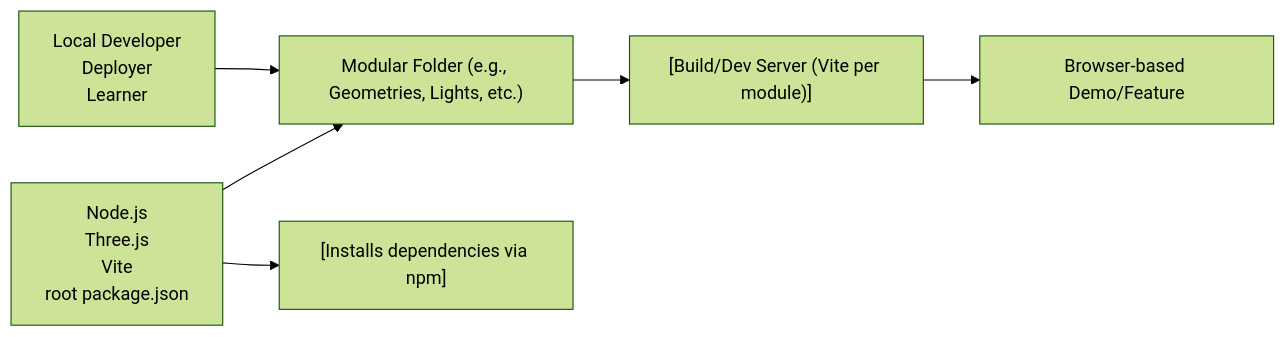
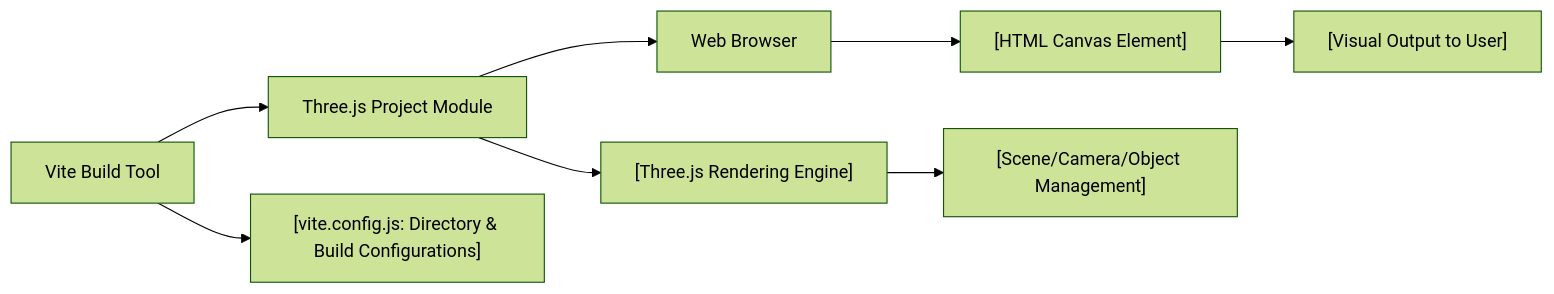
The diagram in .shelfya/guide/architecture.md (NicoooM/three-js-test), drawn with Mermaid (forest theme) before and after one commit. The commit also changed other lines of this file and 15 other files, not shown here.

````diff
--- a/.shelfya/guide/architecture.md
+++ b/.shelfya/guide/architecture.md
@@ -42,8 +71,9 @@
 ```mermaid
 flowchart LR
-  dependencies["Node.js<br>Three.js<br>Vite<br>root package.json"] --> thisModule["Modular Folder (e.g., Geometries, Lights, etc.)"]
-  dependencies --> details["[Installs dependencies via npm]"]
-  thisModule --> process["[Build/Dev Server (Vite per module)]"]
-  usedBy["Local Developer<br>Deployer<br>Learner"] --> thisModule
-  process --> consumers["Browser-based Demo/Feature"]
+  vite["Vite Build Tool"] --> project["Three.js Project Module"] --> browser["Web Browser"]
+  vite --> config["[vite.config.js: Directory & Build Configurations]"]
+  project --> threejs["[Three.js Rendering Engine]"]
+  browser --> canvas["[HTML Canvas Element]"] 
+  threejs --> scene["[Scene/Camera/Object Management]"]
+  canvas --> user["[Visual Output to User]"]
 ```
````
